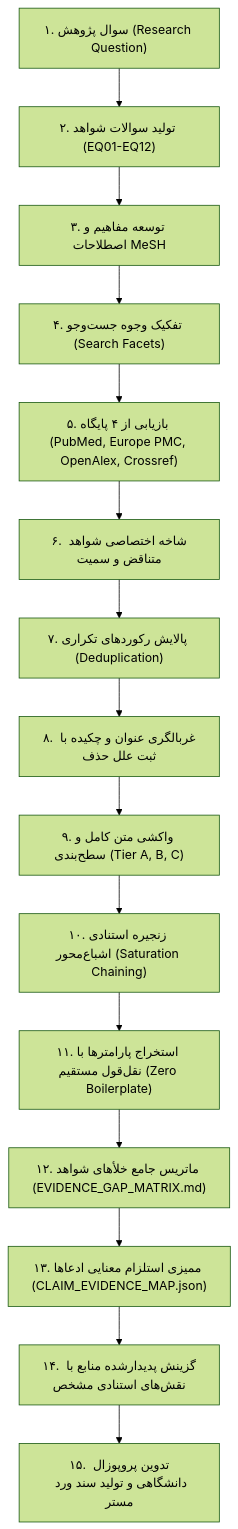
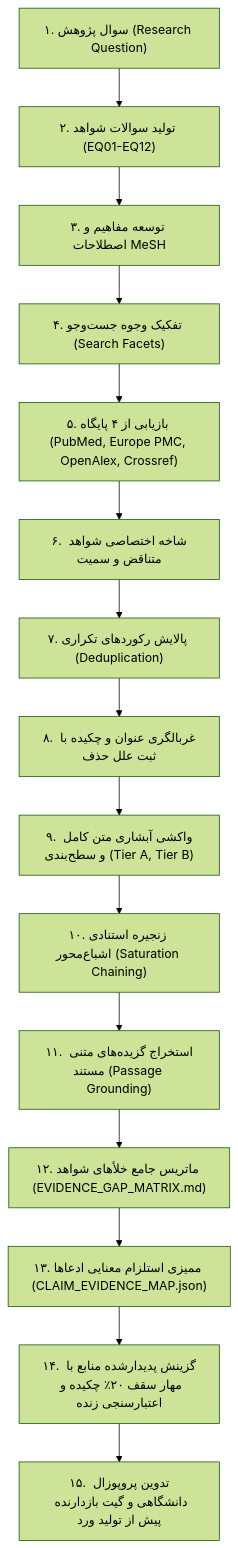
The diagram in references/deep_research_protocol.md (HunterHill13/proposal-nevisi), drawn with Mermaid (forest theme) before and after one commit. The commit also changed other lines of this file and 6 other files, not shown here.

Commit message:
feat(v10.0): implement Universal Full-Text Engine, Passage Grounding, Abstract-Only Quota Gate, and Fail-Closed Live Reference Verification

````diff
--- a/references/deep_research_protocol.md
+++ b/references/deep_research_protocol.md
@@ -9,17 +9,17 @@
 ```mermaid
 flowchart TD
     A["۱. سوال پژوهش (Research Question)"] --> B["۲. تولید سوالات شواهد (EQ01-EQ12)"]
     B --> C["۳. توسعه مفاهیم و اصطلاحات MeSH"]
     C --> D["۴. تفکیک وجوه جست‌وجو (Search Facets)"]
     D --> E["۵. بازیابی از ۴ پایگاه (PubMed, Europe PMC, OpenAlex, Crossref)"]
     E --> F["۶. شاخه اختصاصی شواهد متناقض و سمیت"]
     F --> G["۷. پالایش رکوردهای تکراری (Deduplication)"]
     G --> H["۸. غربالگری عنوان و چکیده با ثبت علل حذف"]
-    H --> I["۹. واکشی متن کامل و سطح‌بندی (Tier A, B, C)"]
+    H --> I["۹. واکشی آبشاری متن کامل و سطح‌بندی (Tier A, Tier B)"]
     I --> J["۱۰. زنجیره استنادی اشباع‌محور (Saturation Chaining)"]
-    J --> K["۱۱. استخراج پارامترها با نقل‌قول مستقیم (Zero Boilerplate)"]
+    J --> K["۱۱. استخراج گزیده‌های متنی مستند (Passage Grounding)"]
     K --> L["۱۲. ماتریس جامع خلأهای شواهد (EVIDENCE_GAP_MATRIX.md)"]
     L --> M["۱۳. ممیزی استلزام معنایی ادعاها (CLAIM_EVIDENCE_MAP.json)"]
-    M --> N["۱۴. گزینش پدیدارشده منابع با نقش‌های استنادی مشخص"]
-    N --> O["۱۵. تدوین پروپوزال دانشگاهی و تولید سند ورد مستر"]
+    M --> N["۱۴. گزینش پدیدارشده منابع با مهار سقف ۲۰٪ چکیده و اعتبارسنجی زنده"]
+    N --> O["۱۵. تدوین پروپوزال دانشگاهی و گیت بازدارنده پیش از تولید ورد"]
 ```
````
